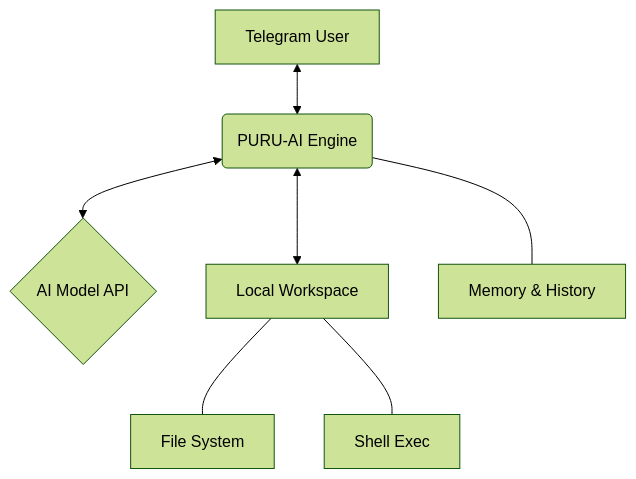
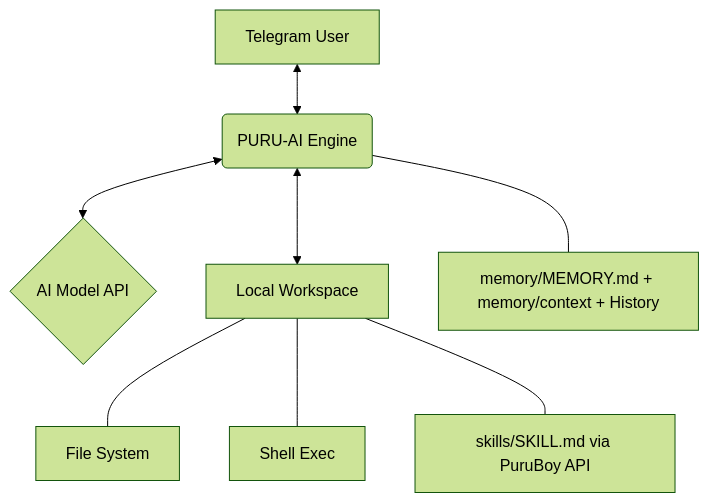
Before and after one commit to purujawa06-bot/PURU-AI: the diagram in README.md, drawn with Mermaid (forest theme). The commit also changed other lines of this file and 16 other files, not shown here.

Commit message:
feat: picoclaw-style workspace bootstrap with memory/ and PuruBoy skills instruct

````diff
--- a/README.md
+++ b/README.md
@@ -24,9 +25,10 @@
 ```mermaid
 graph TD
     User[Telegram User] <--> Engine(PURU-AI Engine)
     Engine <--> LLM{AI Model API}
     Engine <--> Workspace[Local Workspace]
     Workspace --- Files[File System]
     Workspace --- Shell[Shell Exec]
-    Engine --- State[Memory & History]
+    Workspace --- Skills[skills/SKILL.md via PuruBoy API]
+    Engine --- State[memory/MEMORY.md + memory/context + History]
 ```
````
